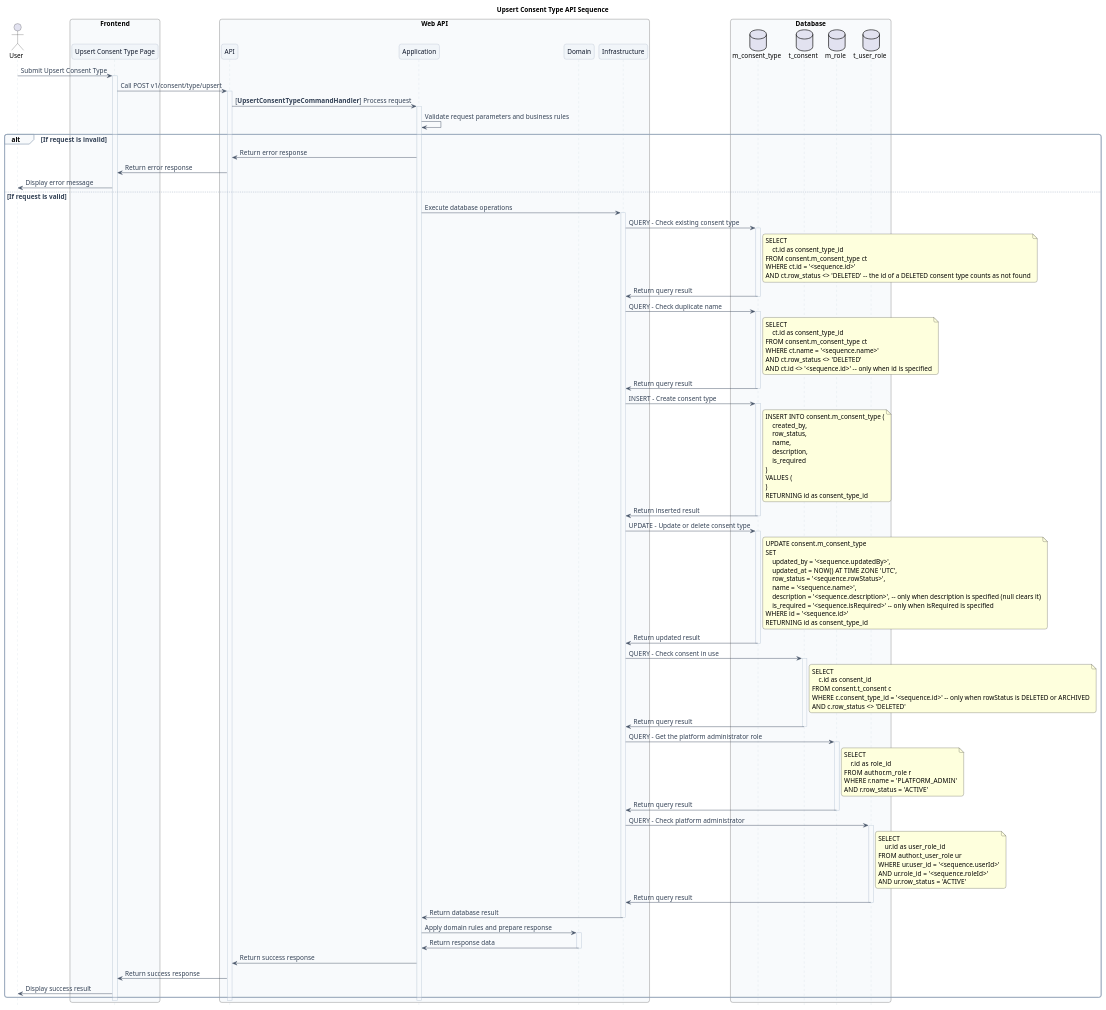
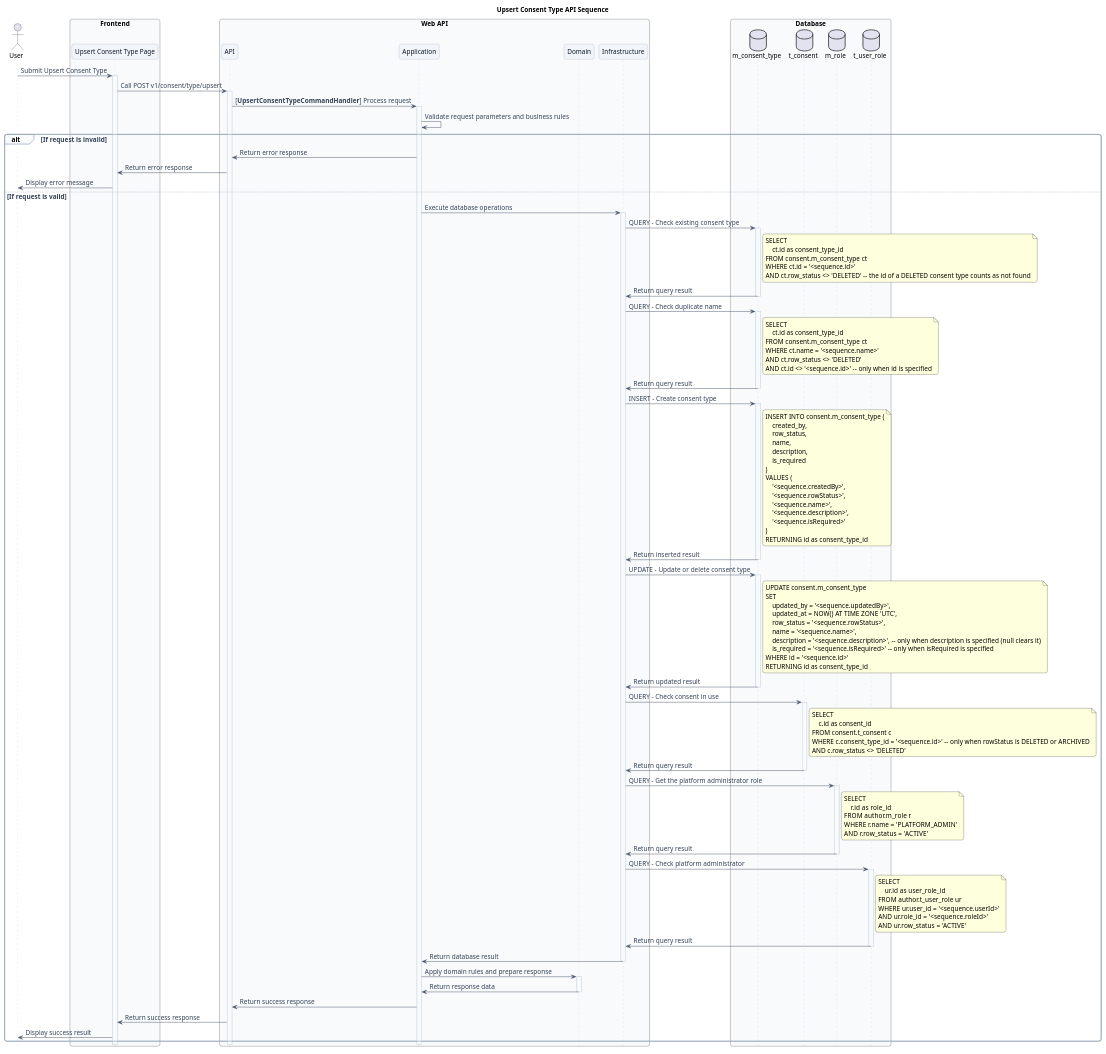
One commit to ittikornsopawan/system-analysis-and-design changed the diagram in e-commerce/doc/api/consent/06-upsert-consent-type/sequence.wsd. Above: the diagram before and after it, drawn with PlantUML. The commit also changed 4 other files, not shown here.

```diff
--- a/e-commerce/doc/api/consent/06-upsert-consent-type/sequence.wsd
+++ b/e-commerce/doc/api/consent/06-upsert-consent-type/sequence.wsd
@@ -1,180 +1,180 @@
 @startuml UpsertConsentType Sequence
 
 title Upsert Consent Type API Sequence
 
 ' Visual style
 skinparam defaultFontName "Sarabun"
 skinparam defaultFontSize 14
 skinparam backgroundColor #FFFFFF
 skinparam shadowing false
 skinparam roundcorner 10
 skinparam sequence {
     ArrowColor #475569
     ArrowFontColor #334155
     LifeLineBorderColor #CBD5E1
     LifeLineBackgroundColor #F8FAFC
     ParticipantBorderColor #94A3B8
     ParticipantBackgroundColor #F1F5F9
     ParticipantFontColor #0F172A
     GroupBorderColor #94A3B8
     GroupBackgroundColor #F8FAFC
     GroupFontColor #334155
 }
 
 ' Do not show participant footers at the bottom of the diagram
 hide footbox
 
 
 actor "User" as user
 
 box "Frontend" #F8FAFC
     participant "Upsert Consent Type Page" as page
 end box
 
 box "Web API" #F8FAFC
     participant "API" as api
     participant "Application" as app
     participant "Domain" as domain
     participant "Infrastructure" as infra
 end box
 
 box "Database" #F8FAFC
     database "m_consent_type" as m_consent_type
     database "t_consent" as t_consent
     database "m_role" as m_role
     database "t_user_role" as t_user_role
 end box
 
 user -> page: Submit Upsert Consent Type
 
 activate page
     page -> api: Call POST v1/consent/type/upsert
     activate api
         api -> app: [**UpsertConsentTypeCommandHandler**] Process request
         activate app
             app -> app: Validate request parameters and business rules
             alt If request is invalid
                 app -> api: Return error response
                 api -> page: Return error response
                 page -> user: Display error message
             else If request is valid
                 app -> infra: Execute database operations
                 activate infra
                     infra -> m_consent_type: QUERY - Check existing consent type
                     activate m_consent_type
                         note right of m_consent_type
                             SELECT
                                 ct.id as consent_type_id
                             FROM consent.m_consent_type ct
                             WHERE ct.id = '<sequence.id>'
                             AND ct.row_status <> 'DELETED' -- the id of a DELETED consent type counts as not found
                         end note
                         m_consent_type -> infra: Return query result
                     deactivate m_consent_type
 
                     infra -> m_consent_type: QUERY - Check duplicate name
                     activate m_consent_type
                         note right of m_consent_type
                             SELECT
                                 ct.id as consent_type_id
                             FROM consent.m_consent_type ct
                             WHERE ct.name = '<sequence.name>'
                             AND ct.row_status <> 'DELETED'
                             AND ct.id <> '<sequence.id>' -- only when id is specified
                         end note
                         m_consent_type -> infra: Return query result
                     deactivate m_consent_type
 
                     infra -> m_consent_type: INSERT - Create consent type
                     activate m_consent_type
                         note right of m_consent_type
                             INSERT INTO consent.m_consent_type (
                                 created_by,
                                 row_status,
                                 name,
                                 description,
                                 is_required
                             )
                             VALUES (
-                                '<sequence.createdBy>',
-                                '<sequence.rowStatus>',
-                                '<sequence.name>',
-                                '<sequence.description>',
-                                '<sequence.isRequired>'
+                                &#39;<sequence.createdBy>',
+                                &#39;<sequence.rowStatus>',
+                                &#39;<sequence.name>',
+                                &#39;<sequence.description>',
+                                &#39;<sequence.isRequired>'
                             )
                             RETURNING id as consent_type_id
                         end note
                         m_consent_type -> infra: Return inserted result
                     deactivate m_consent_type
 
                     infra -> m_consent_type: UPDATE - Update or delete consent type
                     activate m_consent_type
                         note right of m_consent_type
                             UPDATE consent.m_consent_type
                             SET
                                 updated_by = '<sequence.updatedBy>',
                                 updated_at = NOW() AT TIME ZONE 'UTC',
                                 row_status = '<sequence.rowStatus>',
                                 name = '<sequence.name>',
                                 description = '<sequence.description>', -- only when description is specified (null clears it)
                                 is_required = '<sequence.isRequired>' -- only when isRequired is specified
                             WHERE id = '<sequence.id>'
                             RETURNING id as consent_type_id
                         end note
                         m_consent_type -> infra: Return updated result
                     deactivate m_consent_type
 
                     infra -> t_consent: QUERY - Check consent in use
                     activate t_consent
                         note right of t_consent
                             SELECT
                                 c.id as consent_id
                             FROM consent.t_consent c
                             WHERE c.consent_type_id = '<sequence.id>' -- only when rowStatus is DELETED or ARCHIVED
                             AND c.row_status <> 'DELETED'
                         end note
                         t_consent -> infra: Return query result
                     deactivate t_consent
 
                     infra -> m_role: QUERY - Get the platform administrator role
                     activate m_role
                         note right of m_role
                             SELECT
                                 r.id as role_id
                             FROM author.m_role r
                             WHERE r.name = 'PLATFORM_ADMIN'
                             AND r.row_status = 'ACTIVE'
                         end note
                         m_role -> infra: Return query result
                     deactivate m_role
 
                     infra -> t_user_role: QUERY - Check platform administrator
                     activate t_user_role
                         note right of t_user_role
                             SELECT
                                 ur.id as user_role_id
                             FROM author.t_user_role ur
                             WHERE ur.user_id = '<sequence.userId>'
                             AND ur.role_id = '<sequence.roleId>'
                             AND ur.row_status = 'ACTIVE'
                         end note
                         t_user_role -> infra: Return query result
                     deactivate t_user_role
 
                     infra -> app: Return database result
                 deactivate infra
 
                 app -> domain: Apply domain rules and prepare response
                 activate domain
                     domain -> app: Return response data
                 deactivate domain
 
                 app -> api: Return success response
                 api -> page: Return success response
                 page -> user: Display success result
             end alt
         deactivate app
     deactivate api
 deactivate page
 
 @enduml
```
